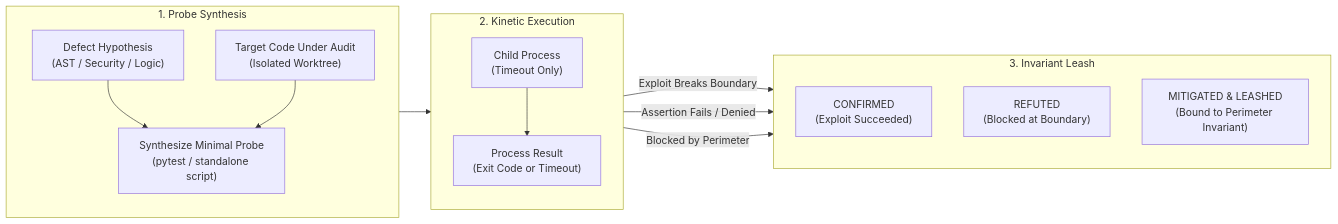
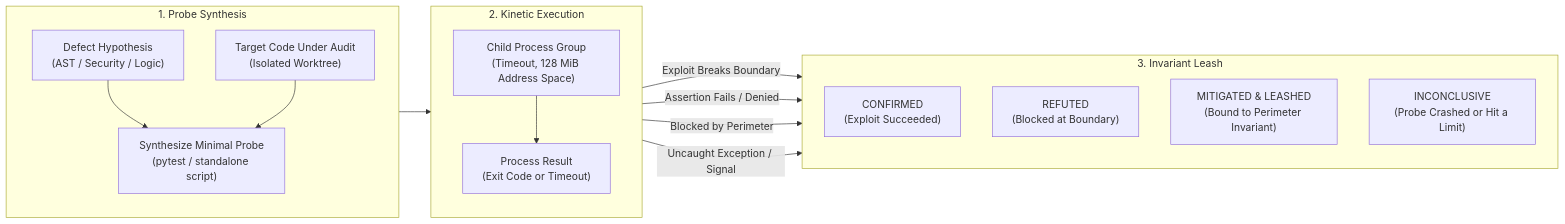
The second of 2 diagrams in observations/systems/30-kinetic-falsification-and-the-ephemeral-exploit-harness.md (dan-petty/vibes), drawn with Mermaid before and after one commit. The commit also changed other lines of this file and 6 other files, not shown here.

First line of the commit message:
fix: Apply the probe memory limit and isolate probes (#217)

````diff
--- a/observations/systems/30-kinetic-falsification-and-the-ephemeral-exploit-harness.md
+++ b/observations/systems/30-kinetic-falsification-and-the-ephemeral-exploit-harness.md
@@ -94,30 +94,32 @@
 ```mermaid
 flowchart LR
     subgraph ProbeGeneration ["1. Probe Synthesis"]
         direction TB
         Hypothesis["Defect Hypothesis<br/>(AST / Security / Logic)"]
         TargetCode["Target Code Under Audit<br/>(Isolated Worktree)"]
         SynthesizeProbe["Synthesize Minimal Probe<br/>(pytest / standalone script)"]
         Hypothesis --> SynthesizeProbe
         TargetCode --> SynthesizeProbe
     end
 
     subgraph SandboxedExecution ["2. Kinetic Execution"]
         direction TB
-        MicroSandbox["Child Process<br/>(Timeout Only)"]
+        MicroSandbox["Child Process Group<br/>(Timeout, 128 MiB Address Space)"]
         SyscallWatch["Process Result<br/>(Exit Code or Timeout)"]
         MicroSandbox --> SyscallWatch
     end
 
     subgraph VerdictEngine ["3. Invariant Leash"]
         direction TB
         ActiveExploit["CONFIRMED<br/>(Exploit Succeeded)"]
         DisprovenClaim["REFUTED<br/>(Blocked at Boundary)"]
         InvariantLeash["MITIGATED & LEASHED<br/>(Bound to Perimeter Invariant)"]
+        BrokenProbe["INCONCLUSIVE<br/>(Probe Crashed or Hit a Limit)"]
     end
 
     ProbeGeneration --> SandboxedExecution
     SandboxedExecution -->|"Exploit Breaks Boundary"| ActiveExploit
     SandboxedExecution -->|"Assertion Fails / Denied"| DisprovenClaim
     SandboxedExecution -->|"Blocked by Perimeter"| InvariantLeash
+    SandboxedExecution -->|"Uncaught Exception / Signal"| BrokenProbe
 ```
````
